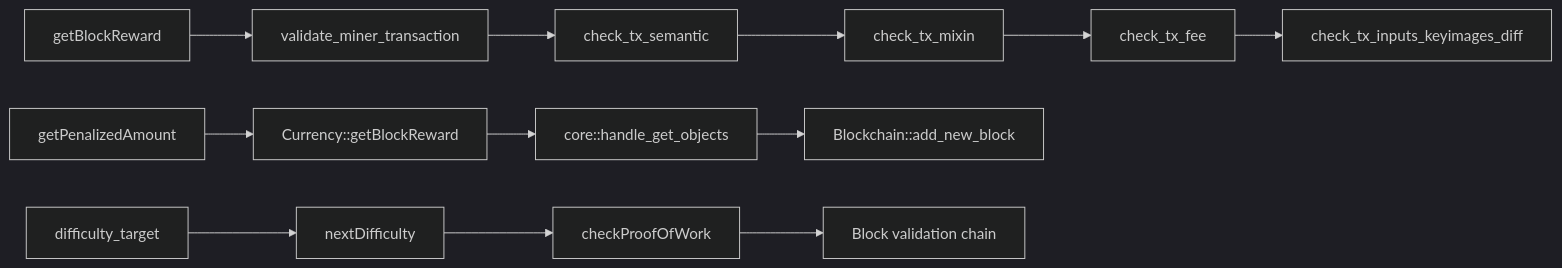
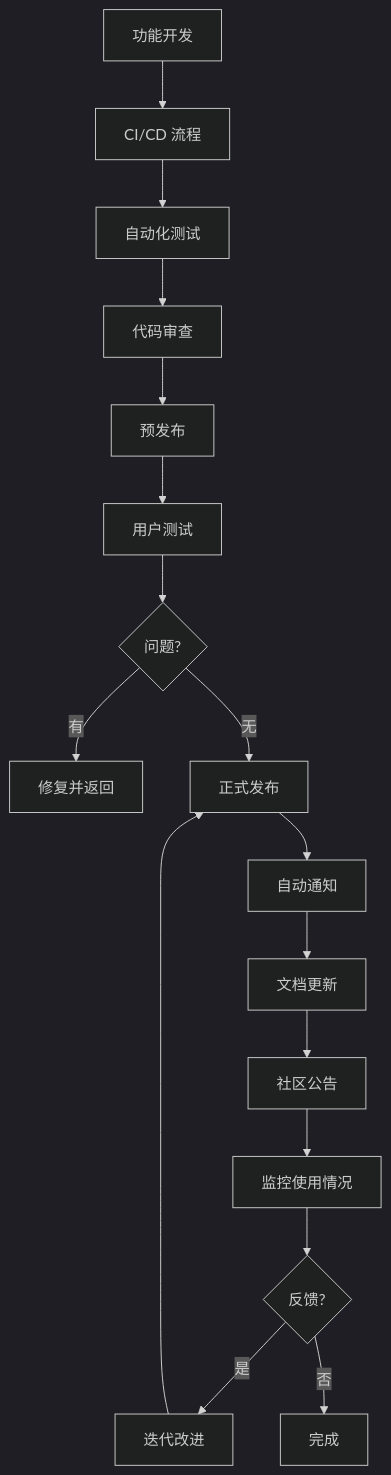
Diagram 11 of 29 in FORK_CLASSIFICATION.md (usexfg/fuego-suite), drawn with Mermaid (dark theme) before and after one commit. The commit also changed other lines of this file and 64 other files, not shown here.

````diff
--- a/FORK_CLASSIFICATION.md
+++ b/FORK_CLASSIFICATION.md
@@ -485,16 +1536,22 @@
 ```mermaid
-flowchart LR
-    A[getBlockReward] --> B[validate_miner_transaction]
-    B --> C[check_tx_semantic]
-    C --> D[check_tx_mixin]
-    D --> E[check_tx_fee]
-    E --> F[check_tx_inputs_keyimages_diff]
+graph TD
+    A[功能开发] --> B[CI/CD 流程]
+    B --> C[自动化测试]
+    C --> D[代码审查]
+    D --> E[预发布]
+    E --> F[用户测试]
     
-    G[getPenalizedAmount] --> H[Currency::getBlockReward]
-    H --> I[core::handle_get_objects]
-    I --> J[Blockchain::add_new_block]
+    F --> G{问题?}
+    G -->|有| H[修复并返回]
+    G -->|无| I[正式发布]
     
-    K[difficulty_target] --> L[nextDifficulty]
-    L --> M[checkProofOfWork]
-    M --> N[Block validation chain]
+    I --> J[自动通知]
+    J --> K[文档更新]
+    K --> L[社区公告]
+    
+    L --> M[监控使用情况]
+    M --> N{反馈?}
+    N -->|是| O[迭代改进]
+    N -->|否| P[完成]
+    O --> I
 ```
````
